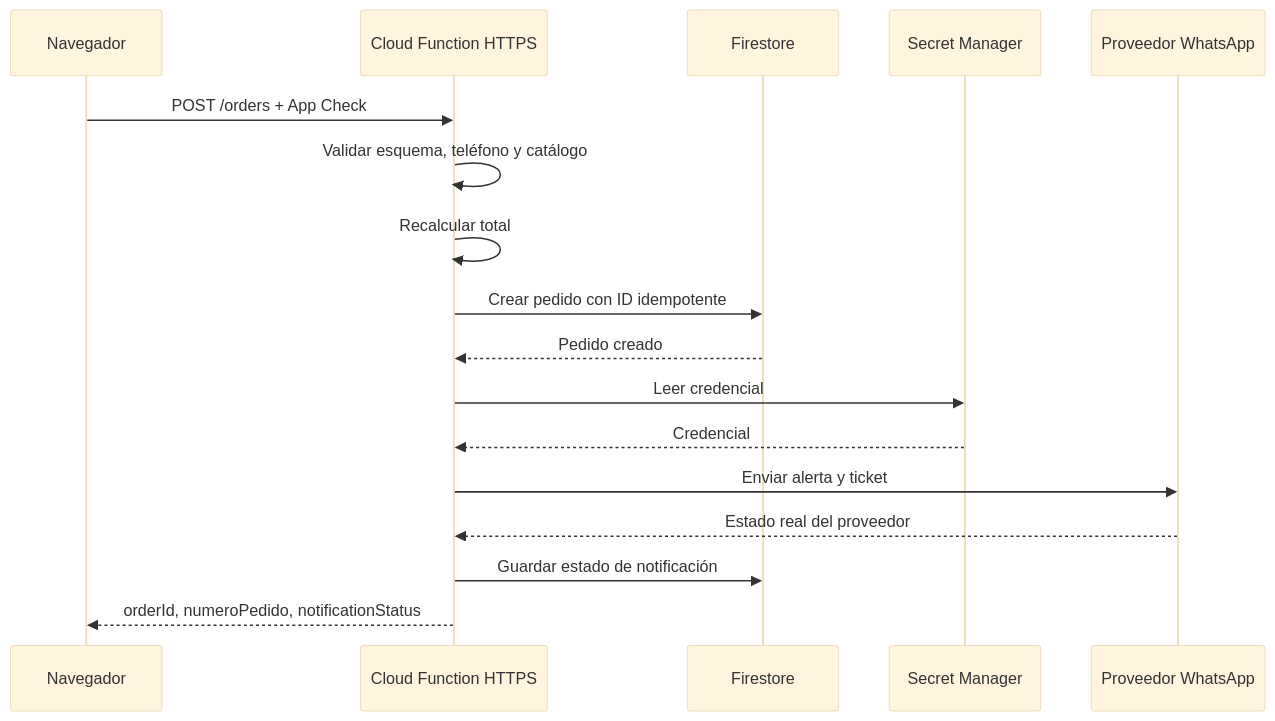
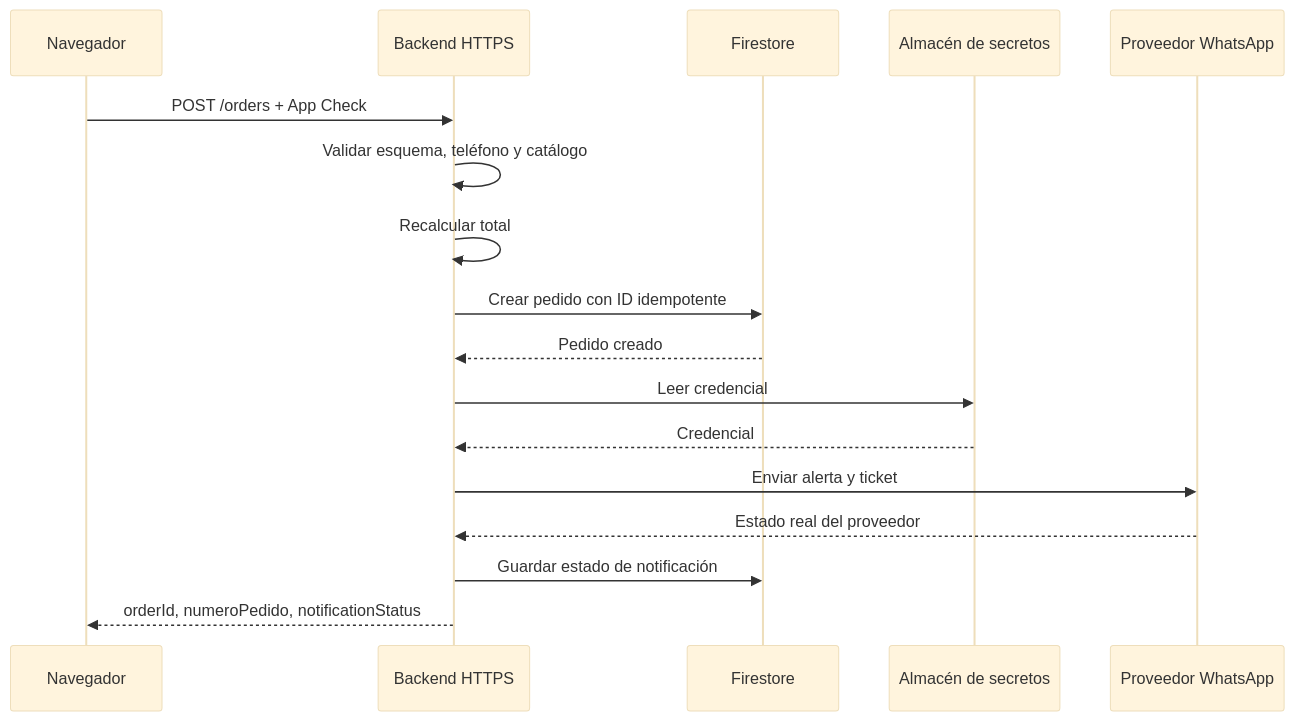
Before and after one commit to KevinMT5/ishos-prototipo: the fourth of 4 diagrams in docs/ARQUITECTURA.md, drawn with Mermaid (base theme). The commit also changed other lines of this file and 6 other files, not shown here.

````diff
--- a/docs/ARQUITECTURA.md
+++ b/docs/ARQUITECTURA.md
@@ -498,20 +523,20 @@
 ```mermaid
 sequenceDiagram
     participant U as Navegador
-    participant API as Cloud Function HTTPS
+    participant API as Backend HTTPS
     participant DB as Firestore
-    participant S as Secret Manager
+    participant S as Almacén de secretos
     participant WA as Proveedor WhatsApp
 
     U->>API: POST /orders + App Check
     API->>API: Validar esquema, teléfono y catálogo
     API->>API: Recalcular total
     API->>DB: Crear pedido con ID idempotente
     DB-->>API: Pedido creado
     API->>S: Leer credencial
     S-->>API: Credencial
     API->>WA: Enviar alerta y ticket
     WA-->>API: Estado real del proveedor
     API->>DB: Guardar estado de notificación
     API-->>U: orderId, numeroPedido, notificationStatus
 ```
````
